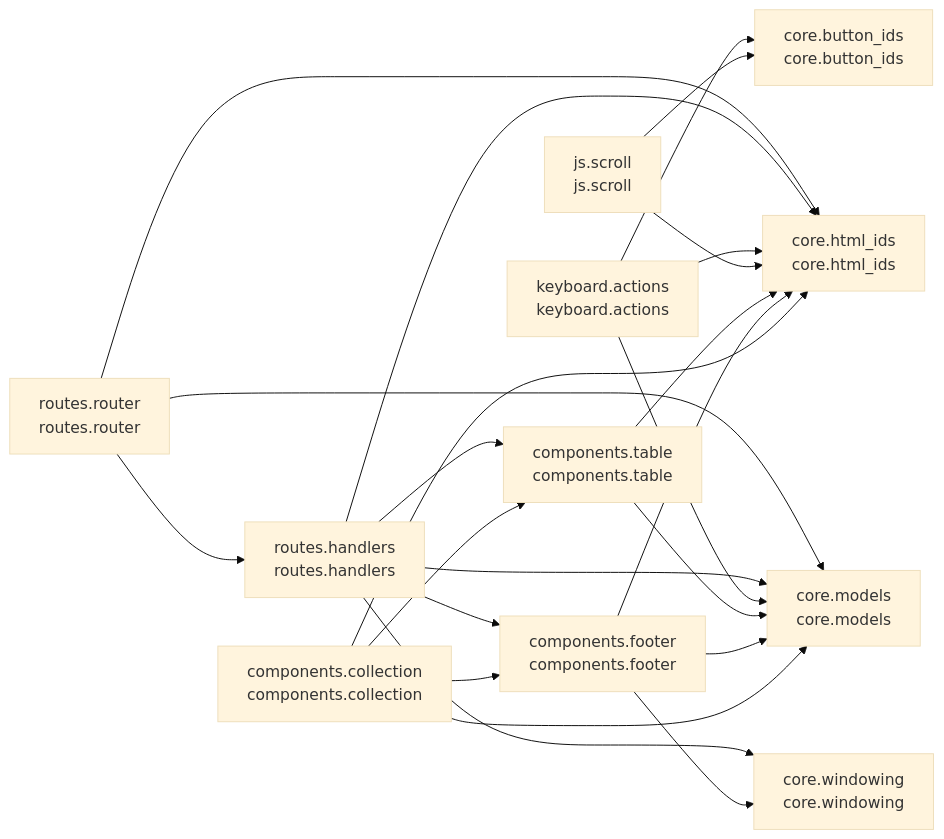
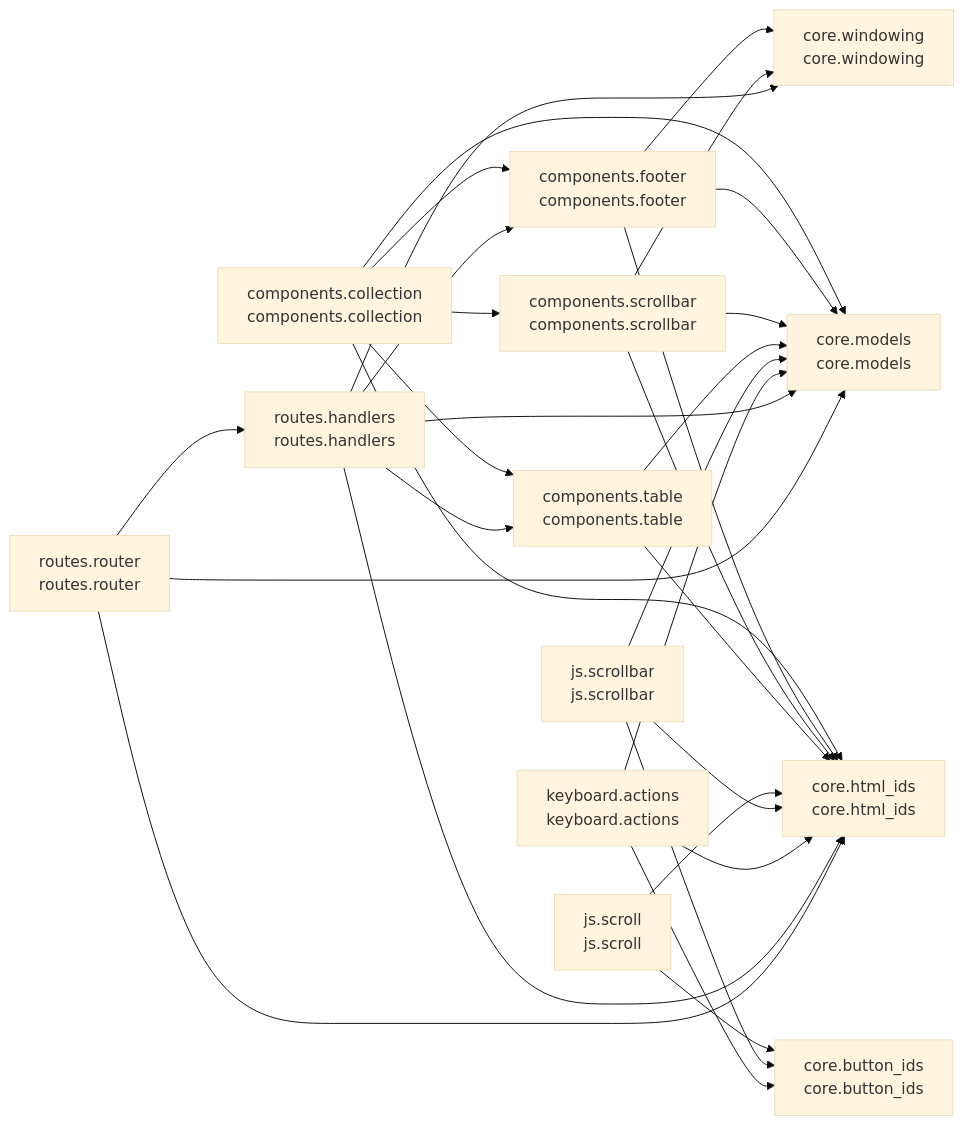
The diagram in README.md (cj-mills/cjm-fasthtml-virtual-collection), drawn with Mermaid (base theme) before and after one commit. The commit also changed other lines of this file and 13 other files, not shown here.

````diff
--- a/README.md
+++ b/README.md
@@ -36,37 +38,46 @@
 ``` mermaid
 graph LR
     components_collection[components.collection<br/>components.collection]
     components_footer[components.footer<br/>components.footer]
+    components_scrollbar[components.scrollbar<br/>components.scrollbar]
     components_table[components.table<br/>components.table]
     core_button_ids[core.button_ids<br/>core.button_ids]
     core_html_ids[core.html_ids<br/>core.html_ids]
     core_models[core.models<br/>core.models]
     core_windowing[core.windowing<br/>core.windowing]
     js_scroll[js.scroll<br/>js.scroll]
+    js_scrollbar[js.scrollbar<br/>js.scrollbar]
     keyboard_actions[keyboard.actions<br/>keyboard.actions]
     routes_handlers[routes.handlers<br/>routes.handlers]
     routes_router[routes.router<br/>routes.router]
 
+    components_collection --> components_scrollbar
+    components_collection --> core_models
     components_collection --> core_html_ids
-    components_collection --> core_models
+    components_collection --> components_footer
     components_collection --> components_table
-    components_collection --> components_footer
+    components_footer --> core_models
     components_footer --> core_html_ids
-    components_footer --> core_models
     components_footer --> core_windowing
+    components_scrollbar --> core_windowing
+    components_scrollbar --> core_models
+    components_scrollbar --> core_html_ids
+    components_table --> core_models
     components_table --> core_html_ids
-    components_table --> core_models
     js_scroll --> core_html_ids
     js_scroll --> core_button_ids
+    js_scrollbar --> core_models
+    js_scrollbar --> core_html_ids
+    js_scrollbar --> core_button_ids
+    keyboard_actions --> core_models
     keyboard_actions --> core_html_ids
-    keyboard_actions --> core_models
     keyboard_actions --> core_button_ids
     routes_handlers --> core_windowing
+    routes_handlers --> core_models
     routes_handlers --> core_html_ids
-    routes_handlers --> core_models
+    routes_handlers --> components_footer
     routes_handlers --> components_table
-    routes_handlers --> components_footer
+    routes_router --> routes_handlers
+    routes_router --> core_models
     routes_router --> core_html_ids
-    routes_router --> core_models
-    routes_router --> routes_handlers
 ```
````
